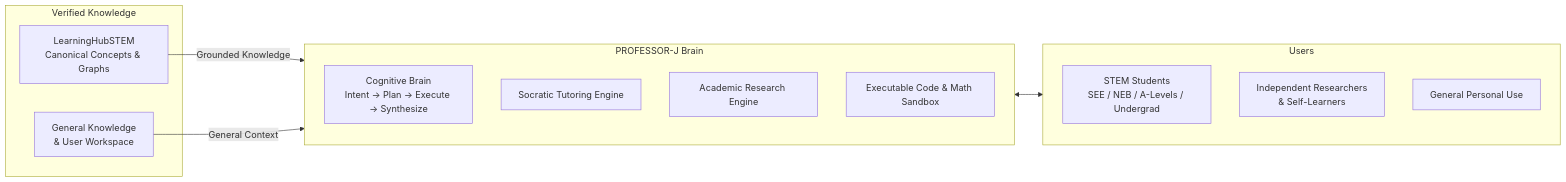
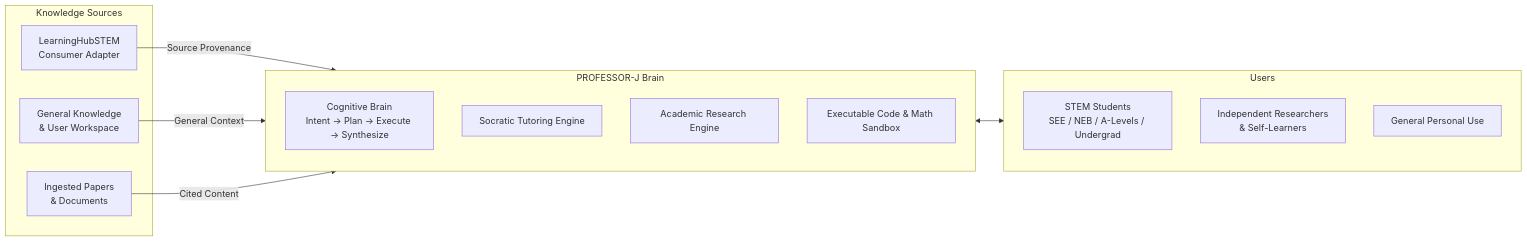
One commit to STEMORG2026/PROFESSOR-J changed the diagram in PRD.md. Above: the diagram before and after it, drawn with Mermaid. The commit also changed other lines of this file and 13 other files, not shown here.

````diff
--- a/PRD.md
+++ b/PRD.md
@@ -26,24 +27,26 @@
 ```mermaid
 graph LR
-    subgraph Foundation ["Verified Knowledge"]
-        LHS[LearningHubSTEM<br/>Canonical Concepts & Graphs]
+    subgraph KnowledgeSources ["Knowledge Sources"]
+        LHS[LearningHubSTEM<br/>Consumer Adapter]
         GEN[General Knowledge<br/>& User Workspace]
+        PDF[Ingested Papers<br/>& Documents]
     end
 
     subgraph Core ["PROFESSOR-J Brain"]
         Cognitive[Cognitive Brain<br/>Intent → Plan → Execute → Synthesize]
         Socratic[Socratic Tutoring Engine]
         Research[Academic Research Engine]
         CodeSandbox[Executable Code & Math Sandbox]
     end
 
     subgraph Users ["Users"]
         Students[STEM Students<br/>SEE / NEB / A-Levels / Undergrad]
         Researchers[Independent Researchers<br/>& Self-Learners]
         Everyday[General Personal Use]
     end
 
-    LHS -->|Grounded Knowledge| Core
+    LHS -->|Source Provenance| Core
     GEN -->|General Context| Core
+    PDF -->|Cited Content| Core
     Core <--> Users
 ```
````
